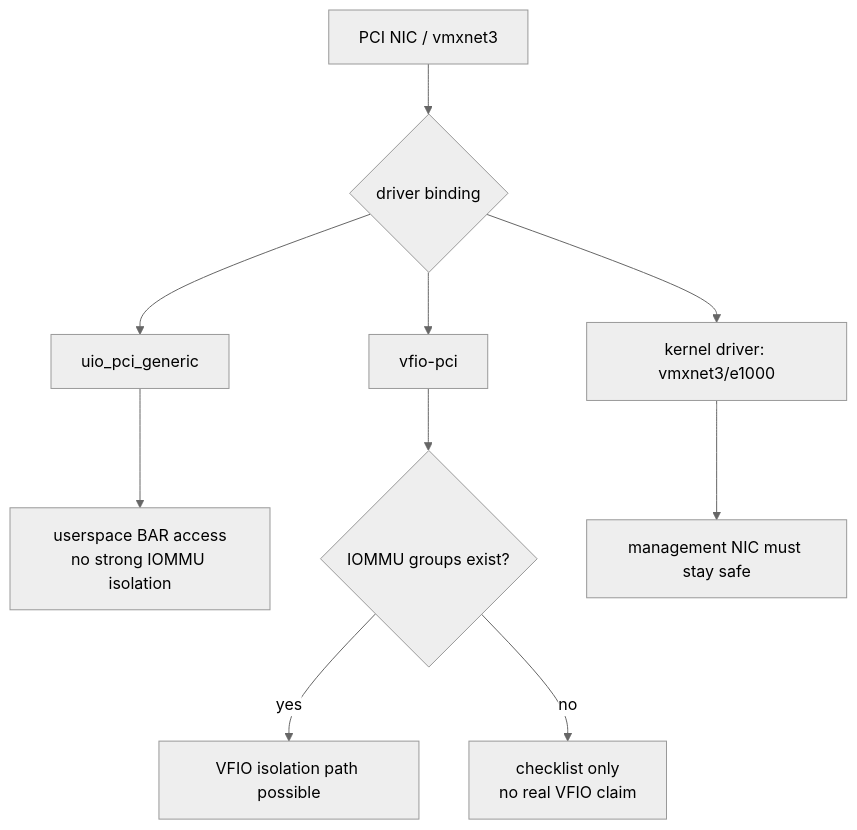
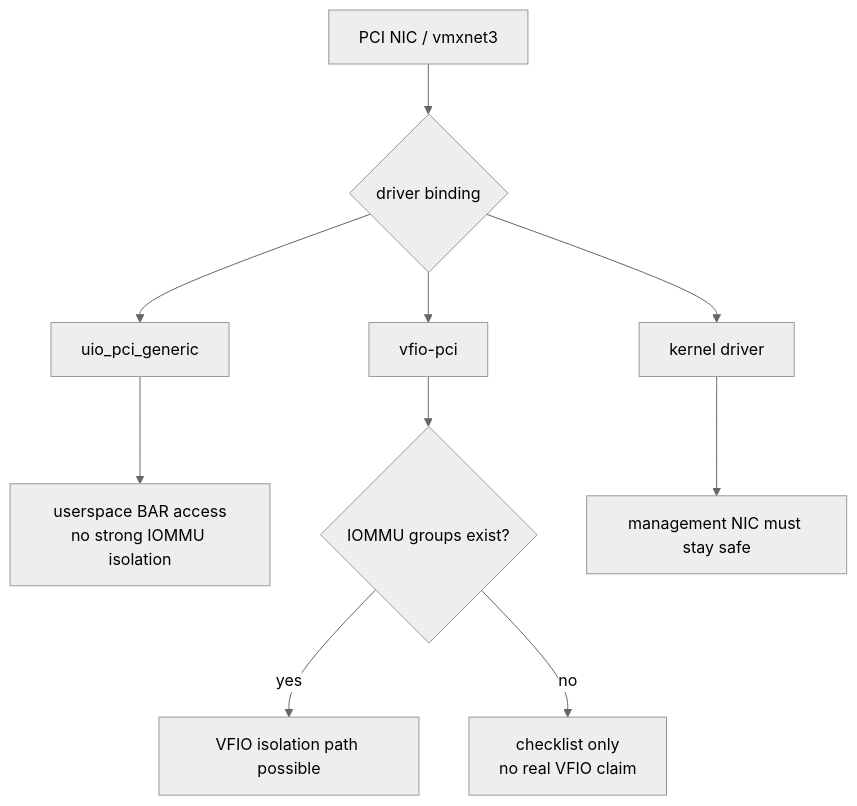
The sixth of 9 diagrams in linux-driver-lab/track-dpdk-advanced/docs/04_ARCHITECTURE_PRINCIPLES.md (gwpptm007/driver-lab), drawn with Mermaid (neutral theme) before and after one commit. The commit also changed other lines of this file and 79 other files, not shown here.

````diff
--- a/linux-driver-lab/track-dpdk-advanced/docs/04_ARCHITECTURE_PRINCIPLES.md
+++ b/linux-driver-lab/track-dpdk-advanced/docs/04_ARCHITECTURE_PRINCIPLES.md
@@ -189,14 +151,14 @@
 ```mermaid
 flowchart TB
     NIC["PCI NIC / vmxnet3"] --> Driver{"driver binding"}
-    Driver --> Kernel["kernel driver: vmxnet3/e1000"]
+    Driver --> Kernel["kernel driver"]
     Driver --> UIO["uio_pci_generic"]
     Driver --> VFIO["vfio-pci"]
 
     UIO --> UIOBoundary["userspace BAR access\nno strong IOMMU isolation"]
     VFIO --> IOMMU{"IOMMU groups exist?"}
     IOMMU -->|yes| Safe["VFIO isolation path possible"]
     IOMMU -->|no| Block["checklist only\nno real VFIO claim"]
 
     Kernel --> Mgmt["management NIC must stay safe"]
 ```
````
